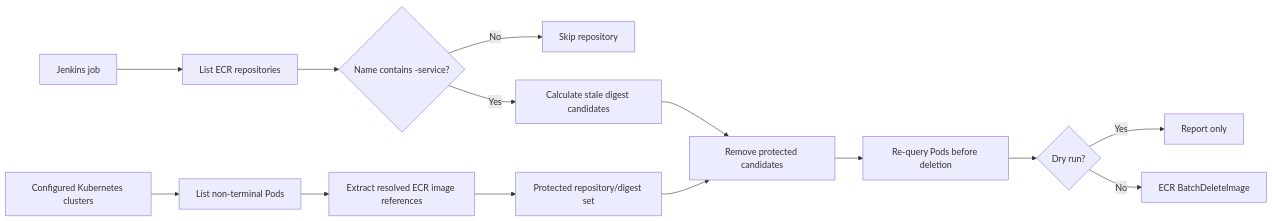
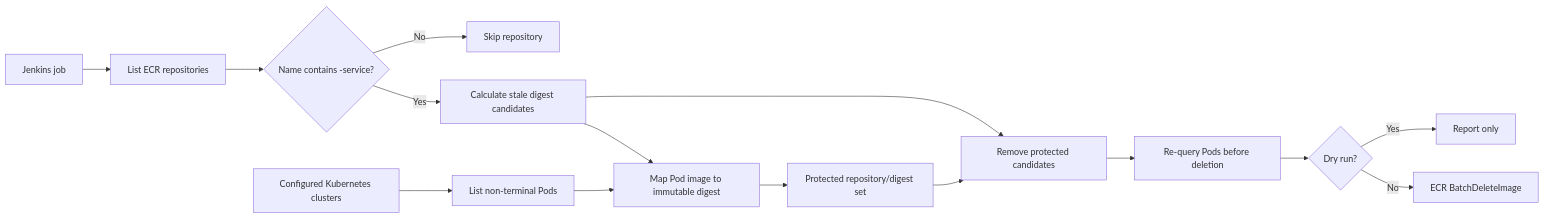
The diagram in KUBERNETES_ACTIVE_IMAGE_PROTECTION.md (Shubhamnegi/ecr-cleanup-lambda), drawn with Mermaid before and after one commit. The commit also changed other lines of this file and 7 other files, not shown here.

Commit message:
Map pending Pod image tags before cleanup

````diff
--- a/KUBERNETES_ACTIVE_IMAGE_PROTECTION.md
+++ b/KUBERNETES_ACTIVE_IMAGE_PROTECTION.md
@@ -30,16 +30,17 @@
 ```mermaid
 flowchart LR
     A[Jenkins job] --> B[List ECR repositories]
     B --> C{Name contains -service?}
     C -->|No| D[Skip repository]
     C -->|Yes| E[Calculate stale digest candidates]
     F[Configured Kubernetes clusters] --> G[List non-terminal Pods]
-    G --> H[Extract resolved ECR image references]
+    E --> H[Map Pod image to immutable digest]
+    G --> H
     H --> I[Protected repository/digest set]
     E --> J[Remove protected candidates]
     I --> J
     J --> K[Re-query Pods before deletion]
     K --> L{Dry run?}
     L -->|Yes| M[Report only]
     L -->|No| N[ECR BatchDeleteImage]
 ```
````
